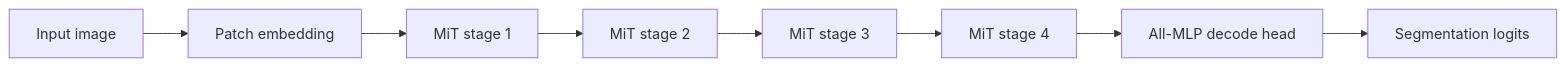
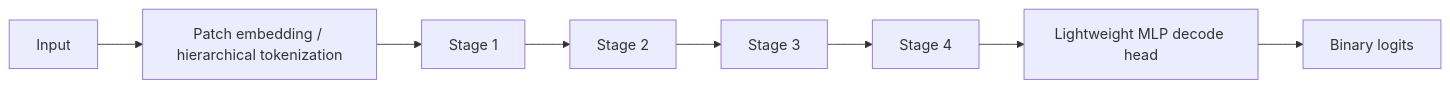
The third of 4 diagrams in docs/model_architecture_manuscript_foundation.md (Pushpalathadevi/HydrideSegmentation), drawn with Mermaid before and after one commit. The commit also changed other lines of this file and 16 other files, not shown here.

````diff
--- a/docs/model_architecture_manuscript_foundation.md
+++ b/docs/model_architecture_manuscript_foundation.md
@@ -41,10 +86,10 @@
 ```mermaid
 flowchart LR
-    I["Input image"] --> P["Patch embedding"]
-    P --> S1["MiT stage 1"]
-    S1 --> S2["MiT stage 2"]
-    S2 --> S3["MiT stage 3"]
-    S3 --> S4["MiT stage 4"]
-    S4 --> D["All-MLP decode head"]
-    D --> H["Segmentation logits"]
+    I["Input"] --> P["Patch embedding / hierarchical tokenization"]
+    P --> M1["Stage 1"]
+    M1 --> M2["Stage 2"]
+    M2 --> M3["Stage 3"]
+    M3 --> M4["Stage 4"]
+    M4 --> D["Lightweight MLP decode head"]
+    D --> O["Binary logits"]
 ```
````
